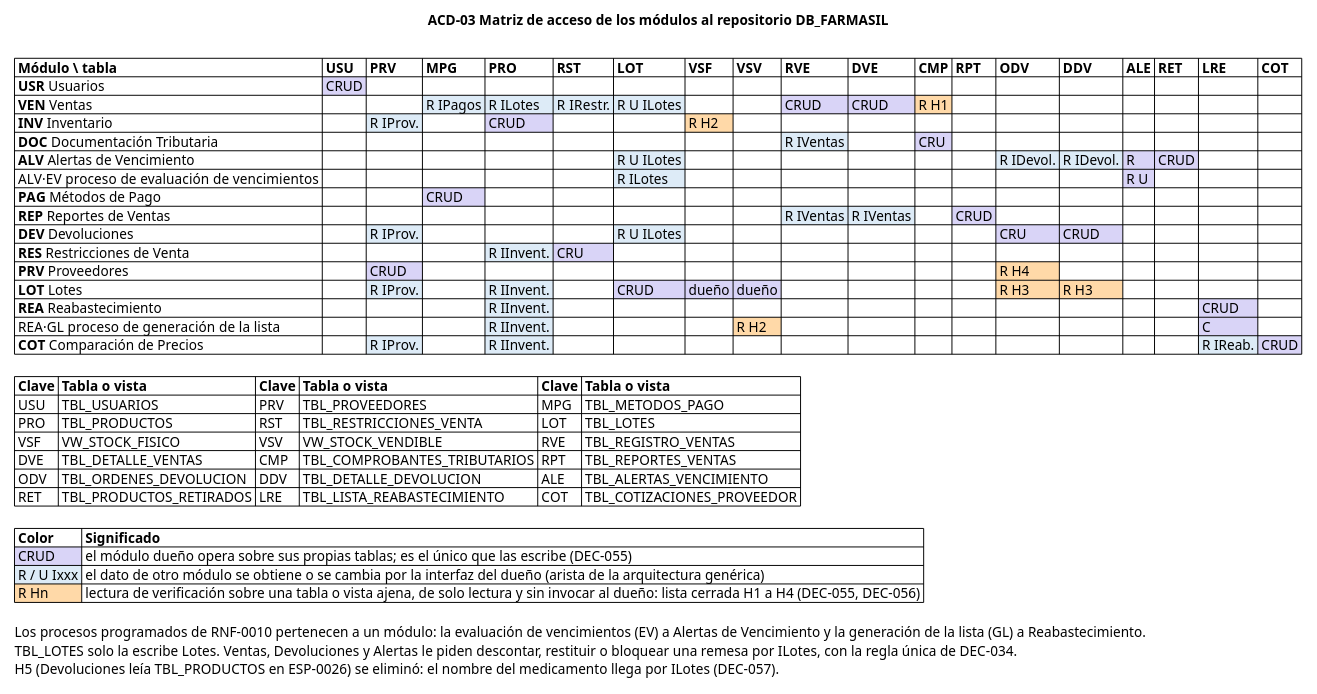
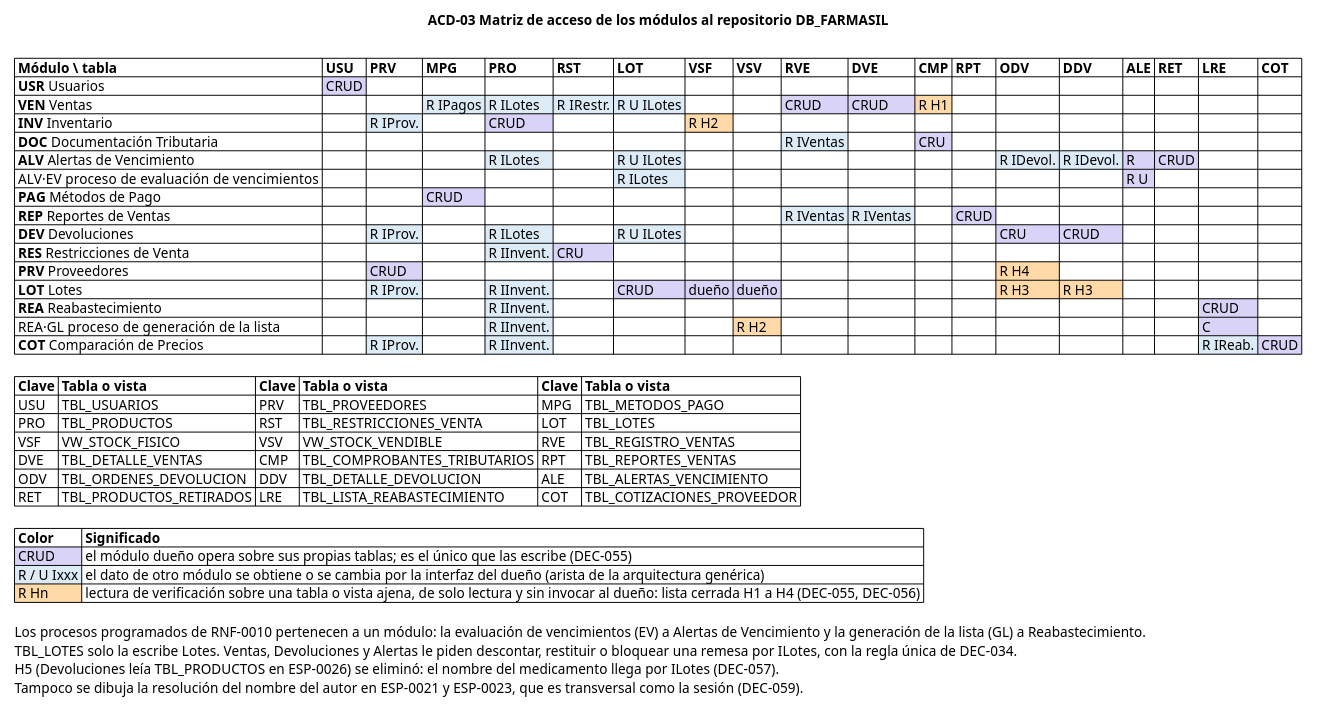
The diagram in docs/diagramas/plaintext-CentradaDatos/ACD-03_MatrizAccesoRepositorio.puml (Luis-Ayben-Chahua-Charca/Farmasil_App), drawn with PlantUML before and after one commit. The commit also changed 11 other files, not shown here.

First line of the commit message:
docs(arquitectura): completar la arquitectura centrada en datos con DEC-058 y DEC-059

```diff
--- a/docs/diagramas/plaintext-CentradaDatos/ACD-03_MatrizAccesoRepositorio.puml
+++ b/docs/diagramas/plaintext-CentradaDatos/ACD-03_MatrizAccesoRepositorio.puml
@@ -1,48 +1,50 @@
 @startuml ACD-03_MatrizAccesoRepositorio
-' Arquitectura centrada en datos FARMASIL_APP — ACD-03 Matriz de acceso de los módulos al repositorio (nivel 2) — v00.02 (borrador)
+' Arquitectura centrada en datos FARMASIL_APP — ACD-03 Matriz de acceso de los módulos al repositorio (nivel 2) — v01.00
 ' Acceso de cada módulo a cada tabla o vista de DB_FARMASIL, extraído de la precondición y el procedimiento de las
 ' 52 especificaciones (catalogo/03-especificaciones.md) y de RNF-0010 v04.00, con las decisiones DEC-055 a DEC-057.
 ' C crear, R leer, U actualizar, D eliminar. No se incluye la lectura de TBL_USUARIOS por la sesión (transversal,
 ' RNF-0006) ni el respaldo, que lee la base completa.
+' Tampoco se dibuja la resolución del nombre del autor en ESP-0021 y ESP-0023, que es transversal como la sesión (DEC-059).
 skinparam shadowing false
 skinparam defaultFontName Arial
 skinparam defaultFontSize 12
 skinparam legendBackgroundColor #FFFFFF
 skinparam legendBorderColor #FFFFFF
 title ACD-03 Matriz de acceso de los módulos al repositorio DB_FARMASIL
 legend top left
 |= Módulo \\ tabla |= USU |= PRV |= MPG |= PRO |= RST |= LOT |= VSF |= VSV |= RVE |= DVE |= CMP |= RPT |= ODV |= DDV |= ALE |= RET |= LRE |= COT |
 | <b>USR</b> Usuarios |<#D9D4F7> CRUD | | | | | | | | | | | | | | | | | |
 | <b>VEN</b> Ventas | | |<#DDEBF7> R IPagos |<#DDEBF7> R ILotes |<#DDEBF7> R IRestr. |<#DDEBF7> R U ILotes | | |<#D9D4F7> CRUD |<#D9D4F7> CRUD |<#FFD9A8> R H1 | | | | | | | |
 | <b>INV</b> Inventario | |<#DDEBF7> R IProv. | |<#D9D4F7> CRUD | | |<#FFD9A8> R H2 | | | | | | | | | | | |
 | <b>DOC</b> Documentación Tributaria | | | | | | | | |<#DDEBF7> R IVentas | |<#D9D4F7> CRU | | | | | | | |
-| <b>ALV</b> Alertas de Vencimiento | | | | | |<#DDEBF7> R U ILotes | | | | | | |<#DDEBF7> R IDevol. |<#DDEBF7> R IDevol. |<#D9D4F7> R |<#D9D4F7> CRUD | | |
+| <b>ALV</b> Alertas de Vencimiento | | | |<#DDEBF7> R ILotes | |<#DDEBF7> R U ILotes | | | | | | |<#DDEBF7> R IDevol. |<#DDEBF7> R IDevol. |<#D9D4F7> R |<#D9D4F7> CRUD | | |
 | ALV·EV  proceso de evaluación de vencimientos | | | | | |<#DDEBF7> R ILotes | | | | | | | | |<#D9D4F7> R U | | | |
 | <b>PAG</b> Métodos de Pago | | |<#D9D4F7> CRUD | | | | | | | | | | | | | | | |
 | <b>REP</b> Reportes de Ventas | | | | | | | | |<#DDEBF7> R IVentas |<#DDEBF7> R IVentas | |<#D9D4F7> CRUD | | | | | | |
-| <b>DEV</b> Devoluciones | |<#DDEBF7> R IProv. | | | |<#DDEBF7> R U ILotes | | | | | | |<#D9D4F7> CRU |<#D9D4F7> CRUD | | | | |
+| <b>DEV</b> Devoluciones | |<#DDEBF7> R IProv. | |<#DDEBF7> R ILotes | |<#DDEBF7> R U ILotes | | | | | | |<#D9D4F7> CRU |<#D9D4F7> CRUD | | | | |
 | <b>RES</b> Restricciones de Venta | | | |<#DDEBF7> R IInvent. |<#D9D4F7> CRU | | | | | | | | | | | | | |
 | <b>PRV</b> Proveedores | |<#D9D4F7> CRUD | | | | | | | | | | |<#FFD9A8> R H4 | | | | | |
 | <b>LOT</b> Lotes | |<#DDEBF7> R IProv. | |<#DDEBF7> R IInvent. | |<#D9D4F7> CRUD |<#D9D4F7> dueño |<#D9D4F7> dueño | | | | |<#FFD9A8> R H3 |<#FFD9A8> R H3 | | | | |
 | <b>REA</b> Reabastecimiento | | | |<#DDEBF7> R IInvent. | | | | | | | | | | | | |<#D9D4F7> CRUD | |
 | REA·GL  proceso de generación de la lista | | | |<#DDEBF7> R IInvent. | | | |<#FFD9A8> R H2 | | | | | | | | |<#D9D4F7> C | |
 | <b>COT</b> Comparación de Precios | |<#DDEBF7> R IProv. | |<#DDEBF7> R IInvent. | | | | | | | | | | | | |<#DDEBF7> R IReab. |<#D9D4F7> CRUD |
 
 |= Clave |= Tabla o vista |= Clave |= Tabla o vista |= Clave |= Tabla o vista |
 | USU | TBL_USUARIOS | PRV | TBL_PROVEEDORES | MPG | TBL_METODOS_PAGO |
 | PRO | TBL_PRODUCTOS | RST | TBL_RESTRICCIONES_VENTA | LOT | TBL_LOTES |
 | VSF | VW_STOCK_FISICO | VSV | VW_STOCK_VENDIBLE | RVE | TBL_REGISTRO_VENTAS |
 | DVE | TBL_DETALLE_VENTAS | CMP | TBL_COMPROBANTES_TRIBUTARIOS | RPT | TBL_REPORTES_VENTAS |
 | ODV | TBL_ORDENES_DEVOLUCION | DDV | TBL_DETALLE_DEVOLUCION | ALE | TBL_ALERTAS_VENCIMIENTO |
 | RET | TBL_PRODUCTOS_RETIRADOS | LRE | TBL_LISTA_REABASTECIMIENTO | COT | TBL_COTIZACIONES_PROVEEDOR |
 
 |= Color |= Significado |
 |<#D9D4F7> CRUD | el módulo dueño opera sobre sus propias tablas; es el único que las escribe (DEC-055) |
 |<#DDEBF7> R / U Ixxx | el dato de otro módulo se obtiene o se cambia por la interfaz del dueño (arista de la arquitectura genérica) |
 |<#FFD9A8> R Hn | lectura de verificación sobre una tabla o vista ajena, de solo lectura y sin invocar al dueño: lista cerrada H1 a H4 (DEC-055, DEC-056) |
 
 Los procesos programados de RNF-0010 pertenecen a un módulo: la evaluación de vencimientos (EV) a Alertas de Vencimiento y la generación de la lista (GL) a Reabastecimiento.
 TBL_LOTES solo la escribe Lotes. Ventas, Devoluciones y Alertas le piden descontar, restituir o bloquear una remesa por ILotes, con la regla única de DEC-034.
 H5 (Devoluciones leía TBL_PRODUCTOS en ESP-0026) se eliminó: el nombre del medicamento llega por ILotes (DEC-057).
+Tampoco se dibuja la resolución del nombre del autor en ESP-0021 y ESP-0023, que es transversal como la sesión (DEC-059).
 endlegend
 @enduml
```
